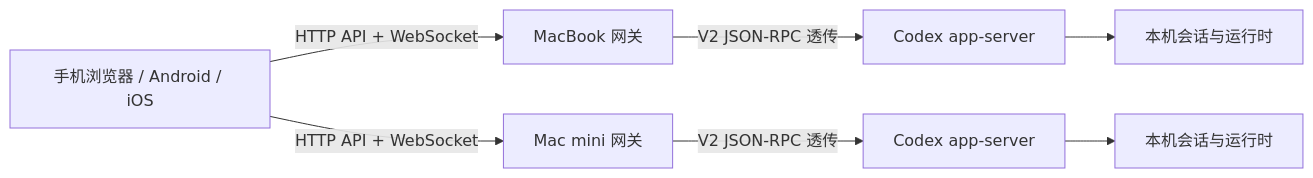
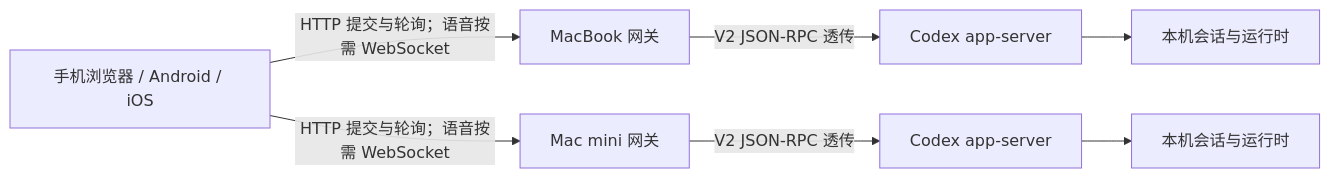
One commit to zh0ngtian/codex-mobile changed the diagram in README.md. Above: the diagram before and after it, drawn with Mermaid. The commit also changed other lines of this file and 29 other files, not shown here.

````diff
--- a/README.md
+++ b/README.md
@@ -116,10 +116,10 @@
 ```mermaid
 flowchart LR
     C["手机浏览器 / Android / iOS"]
-    C -->|HTTP API + WebSocket| G1["MacBook 网关"]
-    C -->|HTTP API + WebSocket| G2["Mac mini 网关"]
+    C -->|HTTP 提交与轮询；语音按需 WebSocket| G1["MacBook 网关"]
+    C -->|HTTP 提交与轮询；语音按需 WebSocket| G2["Mac mini 网关"]
     G1 -->|V2 JSON-RPC 透传| A1["Codex app-server"]
     G2 -->|V2 JSON-RPC 透传| A2["Codex app-server"]
     A1 --> R1["本机会话与运行时"]
     A2 --> R2["本机会话与运行时"]
 ```
````
